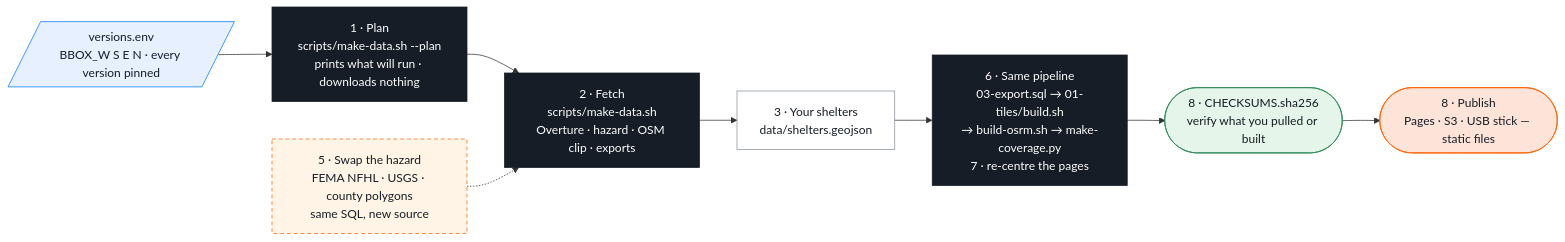
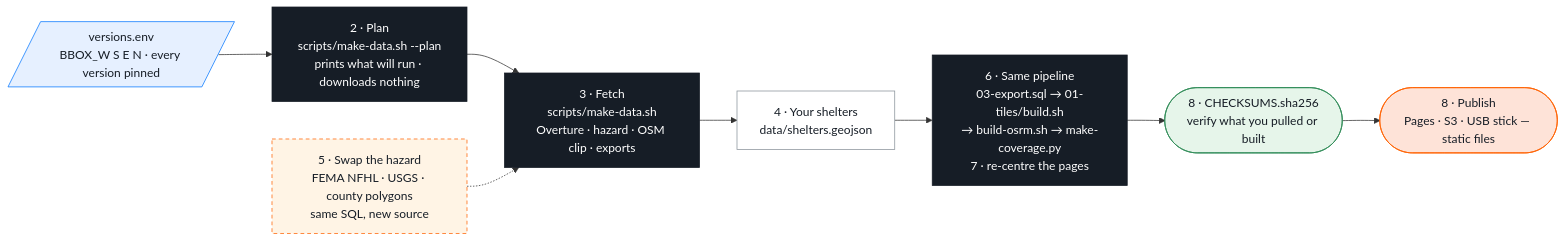
One commit to vishal4c/routes-to-safety-workshop changed the diagram in 04-adapt/README.md. Above: the diagram before and after it, drawn with Mermaid. The commit also changed other lines of this file and 10 other files, not shown here.

````diff
--- a/04-adapt/README.md
+++ b/04-adapt/README.md
@@ -8,21 +8,21 @@
 ```mermaid
 flowchart LR
   classDef file fill:#E6F0FF,stroke:#0678FF,color:#161D26
   classDef tool fill:#161D26,stroke:#161D26,color:#FFFFFF
   classDef step fill:#FFFFFF,stroke:#8A939B,color:#161D26
   classDef chk  fill:#E6F5EA,stroke:#2E8B57,color:#161D26
   classDef out  fill:#FEE3D8,stroke:#FF6101,color:#161D26
   classDef bail fill:#FFF4E5,stroke:#FF6101,color:#161D26,stroke-dasharray:5 4
 
   V[/"versions.env<br/>BBOX_W S E N · every version pinned"/]:::file
-  PL["1 · Plan<br/>scripts/make-data.sh --plan<br/>prints what will run · downloads nothing"]:::tool
-  RUN["2 · Fetch<br/>scripts/make-data.sh<br/>Overture · hazard · OSM clip · exports"]:::tool
-  SH["3 · Your shelters<br/>data/shelters.geojson"]:::step
+  PL["2 · Plan<br/>scripts/make-data.sh --plan<br/>prints what will run · downloads nothing"]:::tool
+  RUN["3 · Fetch<br/>scripts/make-data.sh<br/>Overture · hazard · OSM clip · exports"]:::tool
+  SH["4 · Your shelters<br/>data/shelters.geojson"]:::step
   P["6 · Same pipeline<br/>03-export.sql → 01-tiles/build.sh<br/>→ build-osrm.sh → make-coverage.py<br/>7 · re-centre the pages"]:::tool
   CK(["8 · CHECKSUMS.sha256<br/>verify what you pulled or built"]):::chk
   PUB(["8 · Publish<br/>Pages · S3 · USB stick — static files"]):::out
   SW["5 · Swap the hazard<br/>FEMA NFHL · USGS · county polygons<br/>same SQL, new source"]:::bail
 
   V --> PL --> RUN --> SH --> P --> CK --> PUB
   SW -.-> RUN
 ```
````
